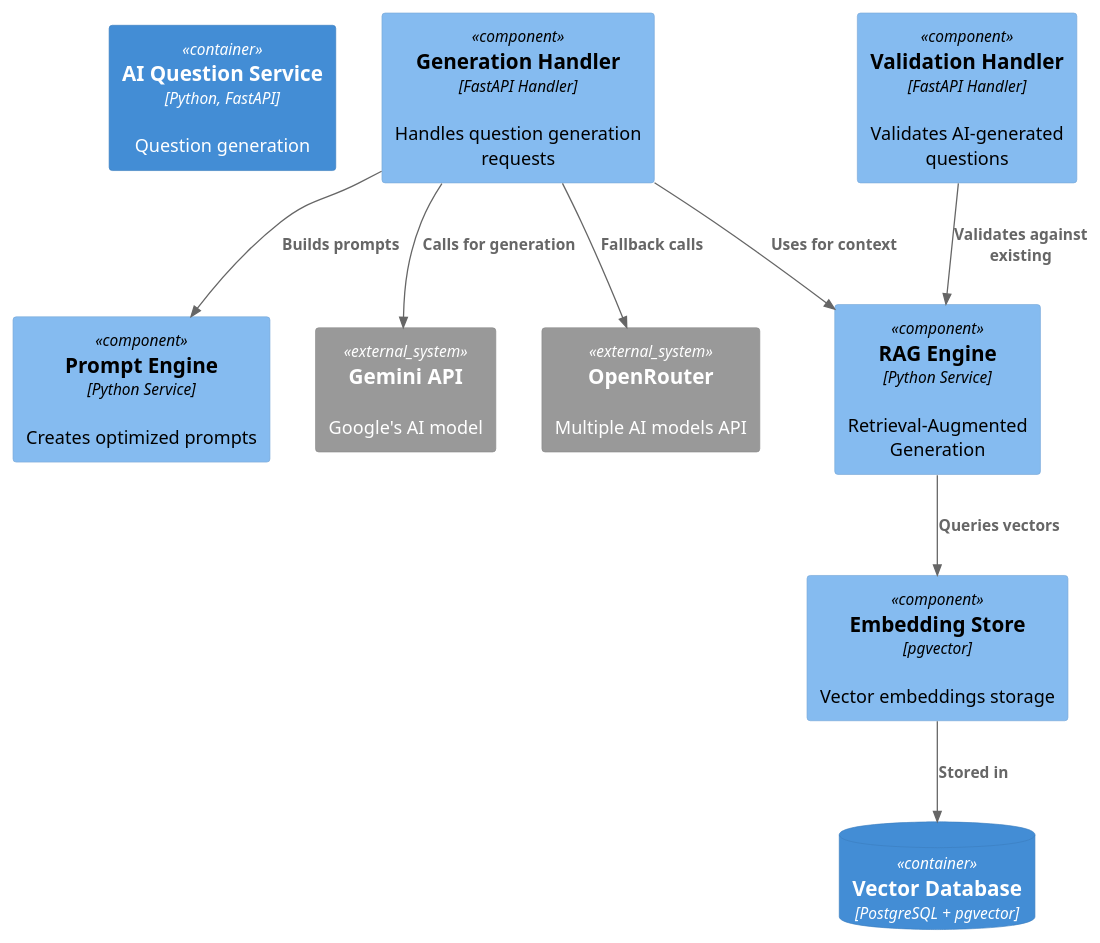
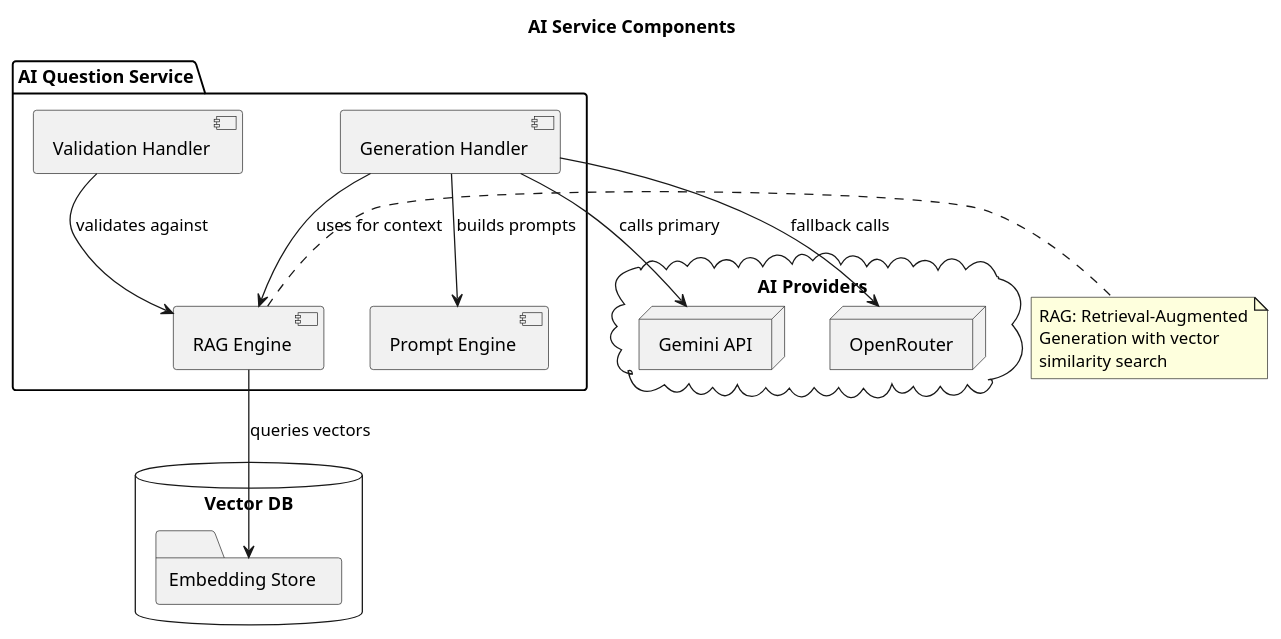
Before and after one commit to dmsus/easyHire: the diagram in docs/architecture/diagrams/level3-ai.puml, drawn with PlantUML. The commit also changed 2 other files, not shown here.

Commit message:
fix: simplify Level 3 diagrams to basic PlantUML without C4_Component

```diff
--- a/docs/architecture/diagrams/level3-ai.puml
+++ b/docs/architecture/diagrams/level3-ai.puml
@@ -1,28 +1,36 @@
-@startuml c4_level3_ai
-!includeurl https://raw.githubusercontent.com/plantuml-stdlib/C4-PlantUML/master/C4_Component.puml
+@startuml
+skinparam componentStyle uml2
+title AI Service Components
 
-Container(ai_service, "AI Question Service", "Python, FastAPI", "Question generation")
+package "AI Question Service" {
+  component "Generation Handler" as gen
+  component "Validation Handler" as val
+  component "RAG Engine" as rag
+  component "Prompt Engine" as prompt
+}
 
-Component(generation_handler, "Generation Handler", "FastAPI Handler", "Handles question generation requests")
-Component(validation_handler, "Validation Handler", "FastAPI Handler", "Validates AI-generated questions")
-Component(rag_engine, "RAG Engine", "Python Service", "Retrieval-Augmented Generation")
-Component(prompt_engine, "Prompt Engine", "Python Service", "Creates optimized prompts")
+database "Vector DB" as vdb {
+  folder "Embedding Store" as embeddings
+}
 
-ContainerDb(vector_db, "Vector Database", "PostgreSQL + pgvector")
+cloud "AI Providers" {
+  node "Gemini API" as gemini
+  node "OpenRouter" as openrouter
+}
 
-Component(embedding_store, "Embedding Store", "pgvector", "Vector embeddings storage")
+gen --> rag : uses for context
+gen --> prompt : builds prompts
+val --> rag : validates against
 
-System_Ext(gemini, "Gemini API", "Google's AI model")
-System_Ext(openrouter, "OpenRouter", "Multiple AI models API")
+gen --> gemini : calls primary
+gen --> openrouter : fallback calls
 
-Rel(generation_handler, rag_engine, "Uses for context")
-Rel(generation_handler, prompt_engine, "Builds prompts")
-Rel(validation_handler, rag_engine, "Validates against existing")
+rag --> embeddings : queries vectors
 
-Rel(generation_handler, gemini, "Calls for generation")
-Rel(generation_handler, openrouter, "Fallback calls")
-
-Rel(rag_engine, embedding_store, "Queries vectors")
-Rel(embedding_store, vector_db, "Stored in")
+note right of rag
+RAG: Retrieval-Augmented
+Generation with vector
+similarity search
+end note
 
 @enduml
```
